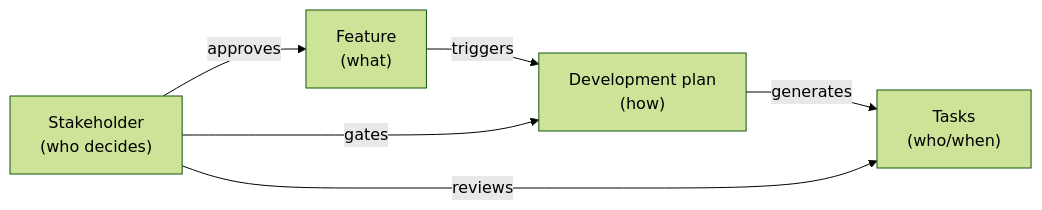
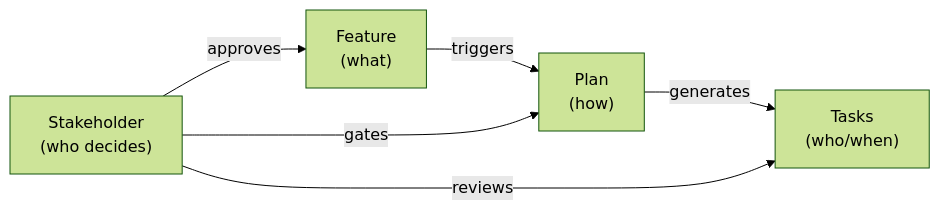
One commit to synchestra-io/synchestra changed the diagram in spec/features/stakeholder/README.md. Above: the diagram before and after it, drawn with Mermaid (forest theme). The commit also changed other lines of this file and 8 other files, not shown here.

Commit message:
refactor: update remaining feature specs from development-plan to plan

````diff
--- a/spec/features/stakeholder/README.md
+++ b/spec/features/stakeholder/README.md
@@ -29,13 +29,13 @@
 ```mermaid
 graph LR
     A["Feature<br/>(what)"]
-    B["Development plan<br/>(how)"]
+    B["Plan<br/>(how)"]
     C["Tasks<br/>(who/when)"]
     S["Stakeholder<br/>(who decides)"]
 
     A -->|triggers| B
     B -->|generates| C
     S -->|gates| B
     S -->|reviews| C
     S -->|approves| A
 ```
````
